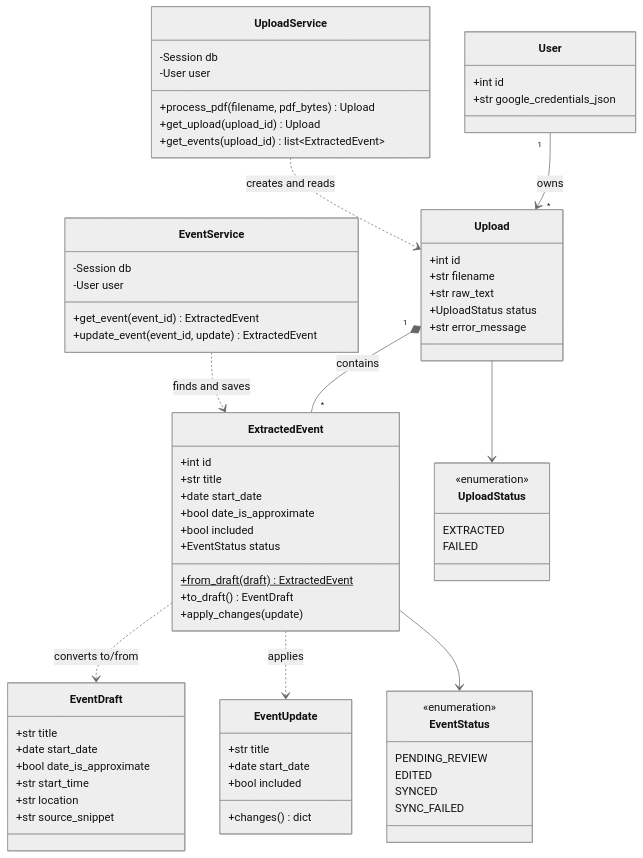
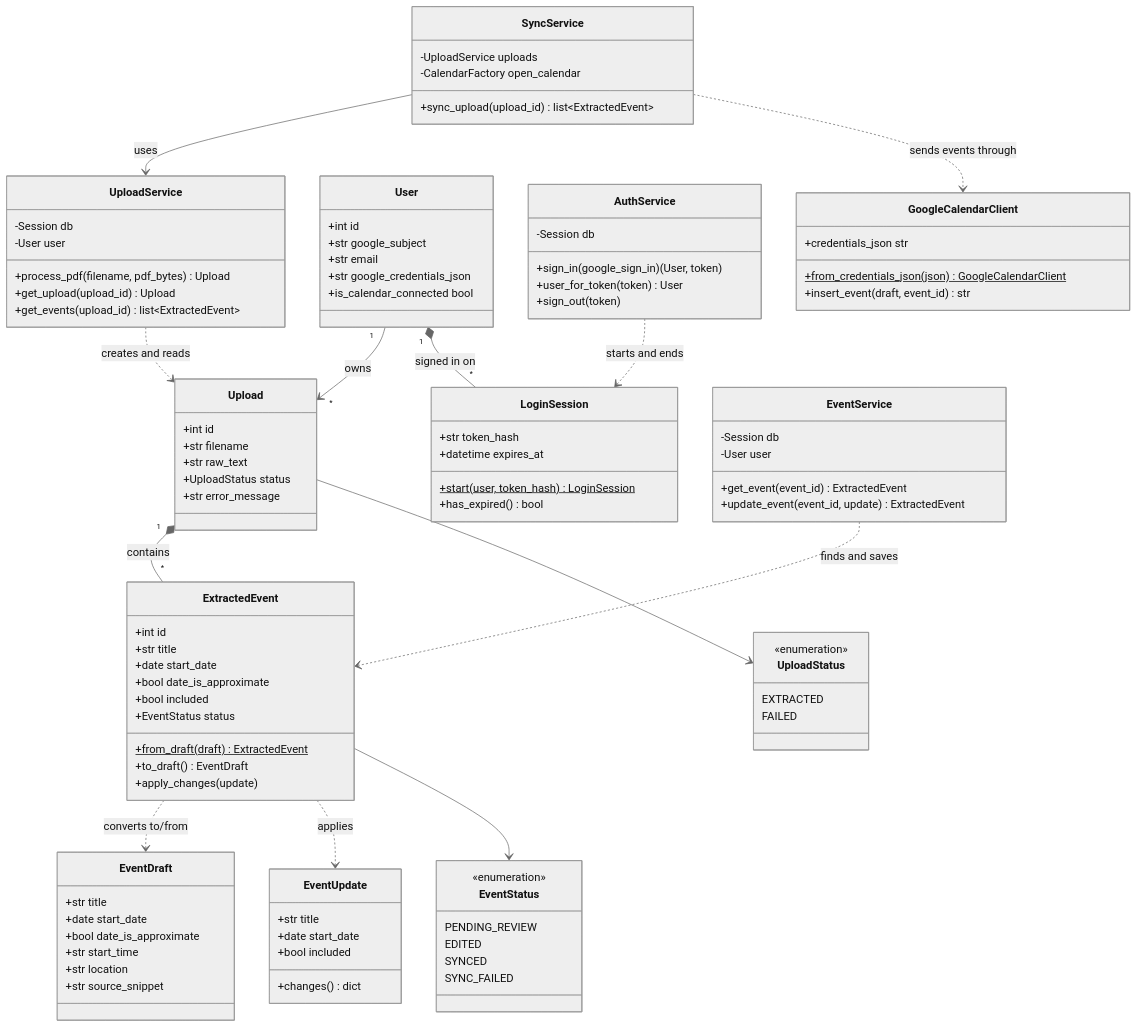
Before and after one commit to liam-shah/Syllabus2Cal: the second of 7 diagrams in ARCHITECTURE.md, drawn with Mermaid (neutral theme). The commit also changed other lines of this file and 39 other files, not shown here.

Commit message:
Add Google sign-in accounts with database-backed sessions

````diff
--- a/ARCHITECTURE.md
+++ b/ARCHITECTURE.md
@@ -74,7 +76,22 @@
     }
     class User {
         +int id
+        +str google_subject
+        +str email
         +str google_credentials_json
+        +is_calendar_connected bool
+    }
+    class LoginSession {
+        +str token_hash
+        +datetime expires_at
+        +start(user, token_hash)$ LoginSession
+        +has_expired() bool
+    }
+    class AuthService {
+        -Session db
+        +sign_in(google_sign_in) (User, token)
+        +user_for_token(token) User
+        +sign_out(token)
     }
     class Upload {
         +int id
@@ -106,6 +123,16 @@
         +bool included
         +changes() dict
     }
+    class SyncService {
+        -UploadService uploads
+        -CalendarFactory open_calendar
+        +sync_upload(upload_id) list~ExtractedEvent~
+    }
+    class GoogleCalendarClient {
+        +from_credentials_json(json)$ GoogleCalendarClient
+        +insert_event(draft, event_id) str
+        +credentials_json str
+    }
     class EventDraft {
         +str title
         +date start_date
@@ -127,11 +154,15 @@
         SYNC_FAILED
     }
     User "1" --> "*" Upload : owns
+    User "1" *-- "*" LoginSession : signed in on
+    AuthService ..> LoginSession : starts and ends
     Upload "1" *-- "*" ExtractedEvent : contains
     UploadService ..> Upload : creates and reads
     ExtractedEvent ..> EventDraft : converts to/from
     EventService ..> ExtractedEvent : finds and saves
     ExtractedEvent ..> EventUpdate : applies
+    SyncService --> UploadService : uses
+    SyncService ..> GoogleCalendarClient : sends events through
     Upload --> UploadStatus
     ExtractedEvent --> EventStatus
 ```
````
